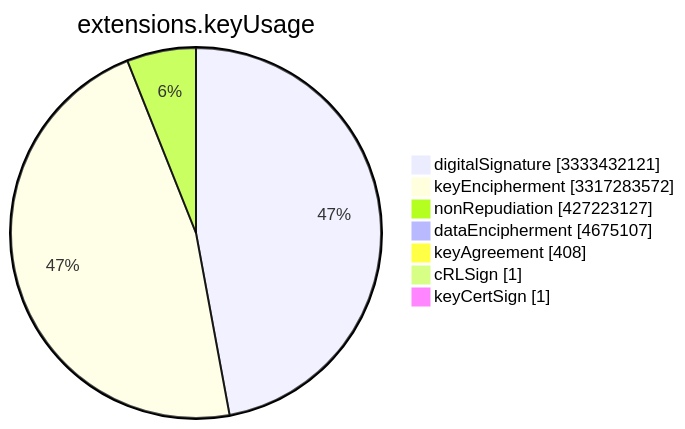
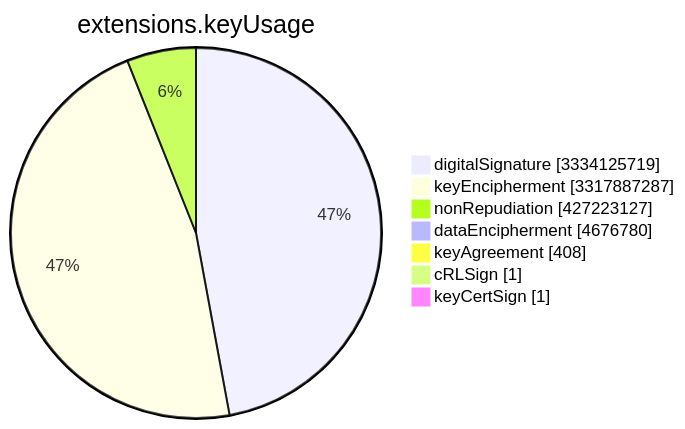
The sixth of 15 diagrams in TOTAL/README.md (christiankrug/ctmonitor_visualization), drawn with Mermaid before and after one commit. The commit also changed other lines of this file, not shown here.

````diff
--- a/TOTAL/README.md
+++ b/TOTAL/README.md
@@ -3078,11 +3078,11 @@
 ```mermaid
 pie showData
 title extensions.keyUsage
-"digitalSignature" :3333432121
-"keyEncipherment" :3317283572
+"digitalSignature" :3334125719
+"keyEncipherment" :3317887287
 "nonRepudiation" :427223127
-"dataEncipherment" :4675107
+"dataEncipherment" :4676780
 "keyAgreement" :408
 "cRLSign" :1
 "keyCertSign" :1
 ```
````
